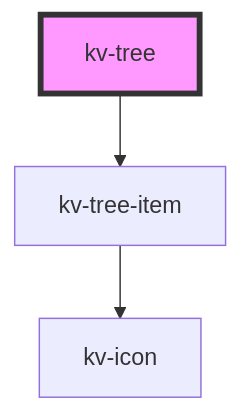
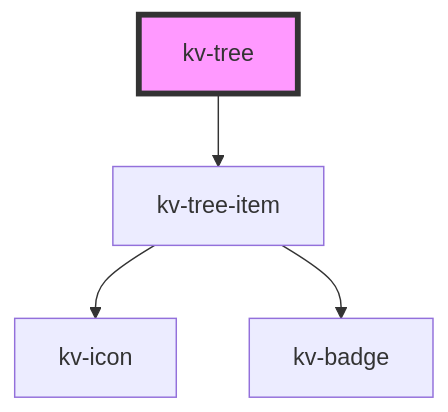
Before and after one commit to kelvininc/ui-components: the diagram in packages/ui-components/src/components/tree/readme.md, drawn with Mermaid. The commit also changed 19 other files, not shown here.

````diff
--- a/packages/ui-components/src/components/tree/readme.md
+++ b/packages/ui-components/src/components/tree/readme.md
@@ -150,6 +150,7 @@
 ```mermaid
 graph TD;
   kv-tree --> kv-tree-item
   kv-tree-item --> kv-icon
+  kv-tree-item --> kv-badge
   style kv-tree fill:#f9f,stroke:#333,stroke-width:4px
 ```
````
